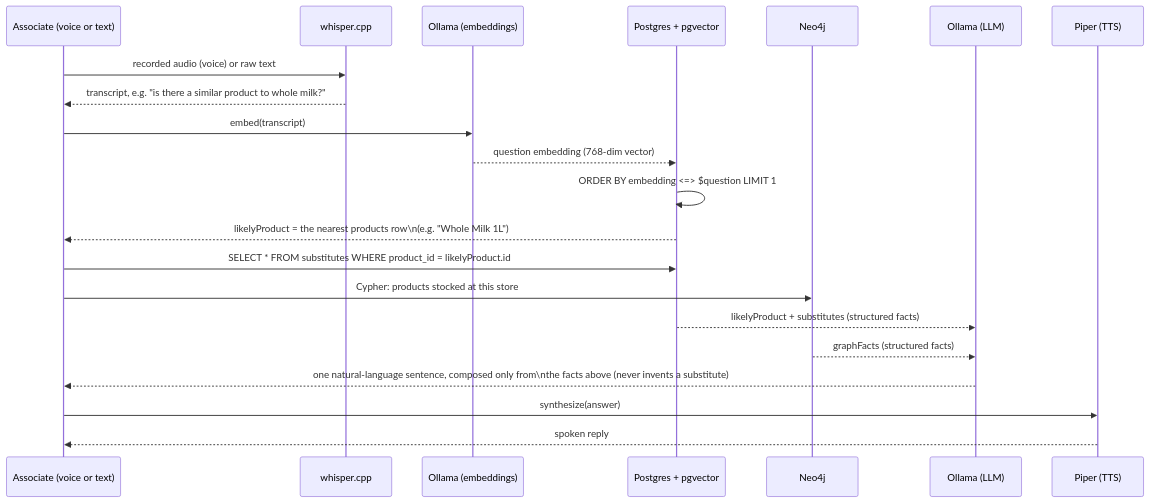
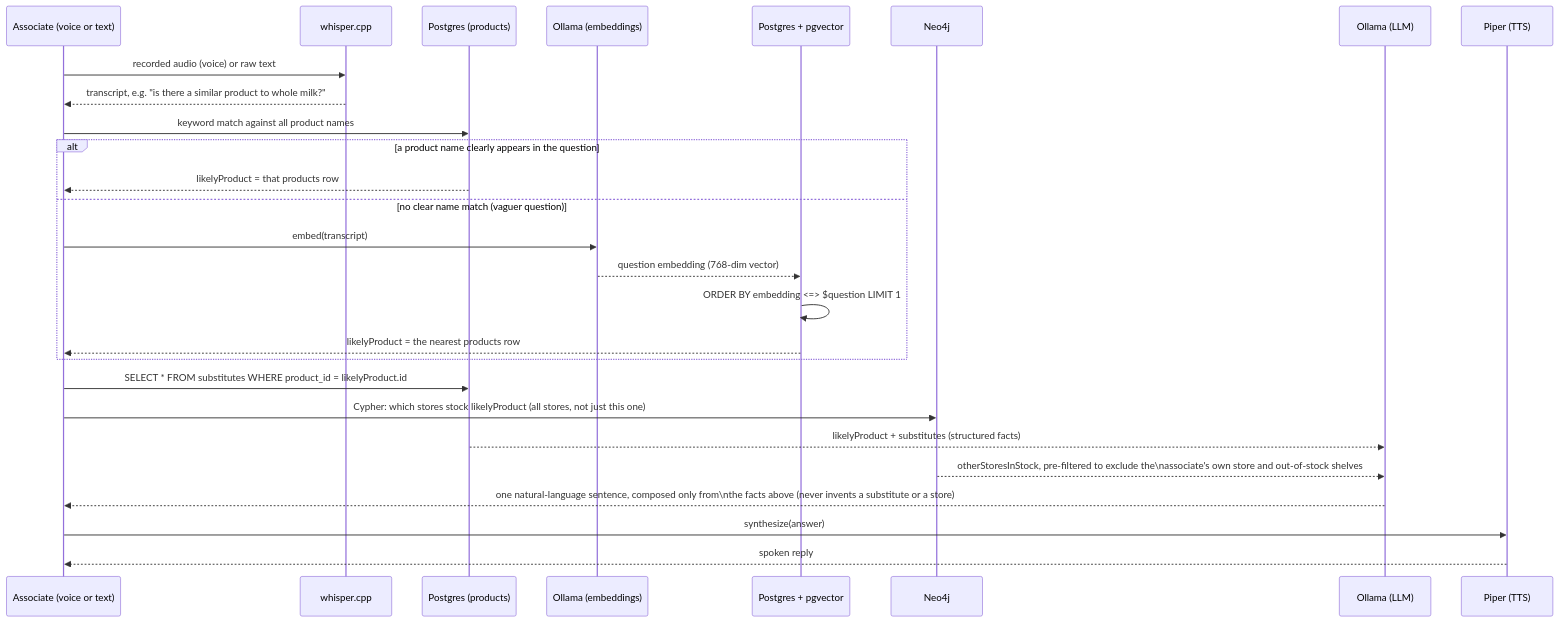
Before and after one commit to chrizmc/store-use-case: the second of 3 diagrams in docs/architecture.md, drawn with Mermaid. The commit also changed other lines of this file and 58 other files, not shown here.

````diff
--- a/docs/architecture.md
+++ b/docs/architecture.md
@@ -60,24 +75,30 @@
 ```mermaid
 sequenceDiagram
     participant Assoc as Associate (voice or text)
     participant Whisper as whisper.cpp
+    participant PG as Postgres (products)
     participant Embed as Ollama (embeddings)
     participant PGV as Postgres + pgvector
     participant Graph as Neo4j
     participant LLM as Ollama (LLM)
     participant Piper as Piper (TTS)
 
     Assoc->>Whisper: recorded audio (voice) or raw text
     Whisper-->>Assoc: transcript, e.g. "is there a similar product to whole milk?"
-    Assoc->>Embed: embed(transcript)
-    Embed-->>PGV: question embedding (768-dim vector)
-    PGV->>PGV: ORDER BY embedding <=> $question LIMIT 1
-    PGV-->>Assoc: likelyProduct = the nearest products row\n(e.g. "Whole Milk 1L")
-    Assoc->>PGV: SELECT * FROM substitutes WHERE product_id = likelyProduct.id
-    Assoc->>Graph: Cypher: products stocked at this store
-    PGV-->>LLM: likelyProduct + substitutes (structured facts)
-    Graph-->>LLM: graphFacts (structured facts)
-    LLM-->>Assoc: one natural-language sentence, composed only from\nthe facts above (never invents a substitute)
+    Assoc->>PG: keyword match against all product names
+    alt a product name clearly appears in the question
+        PG-->>Assoc: likelyProduct = that products row
+    else no clear name match (vaguer question)
+        Assoc->>Embed: embed(transcript)
+        Embed-->>PGV: question embedding (768-dim vector)
+        PGV->>PGV: ORDER BY embedding <=> $question LIMIT 1
+        PGV-->>Assoc: likelyProduct = the nearest products row
+    end
+    Assoc->>PG: SELECT * FROM substitutes WHERE product_id = likelyProduct.id
+    Assoc->>Graph: Cypher: which stores stock likelyProduct (all stores, not just this one)
+    PG-->>LLM: likelyProduct + substitutes (structured facts)
+    Graph-->>LLM: otherStoresInStock, pre-filtered to exclude the\nassociate's own store and out-of-stock shelves
+    LLM-->>Assoc: one natural-language sentence, composed only from\nthe facts above (never invents a substitute or a store)
     Assoc->>Piper: synthesize(answer)
     Piper-->>Assoc: spoken reply
 ```
````
